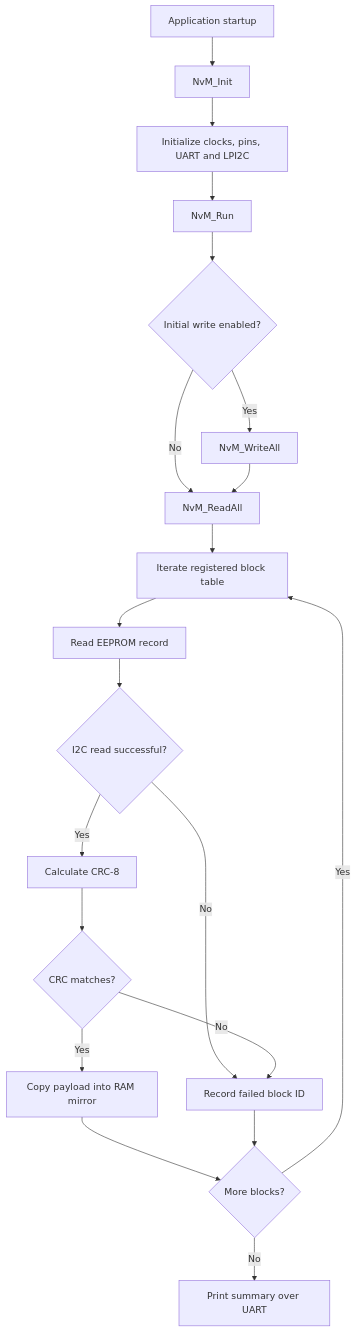
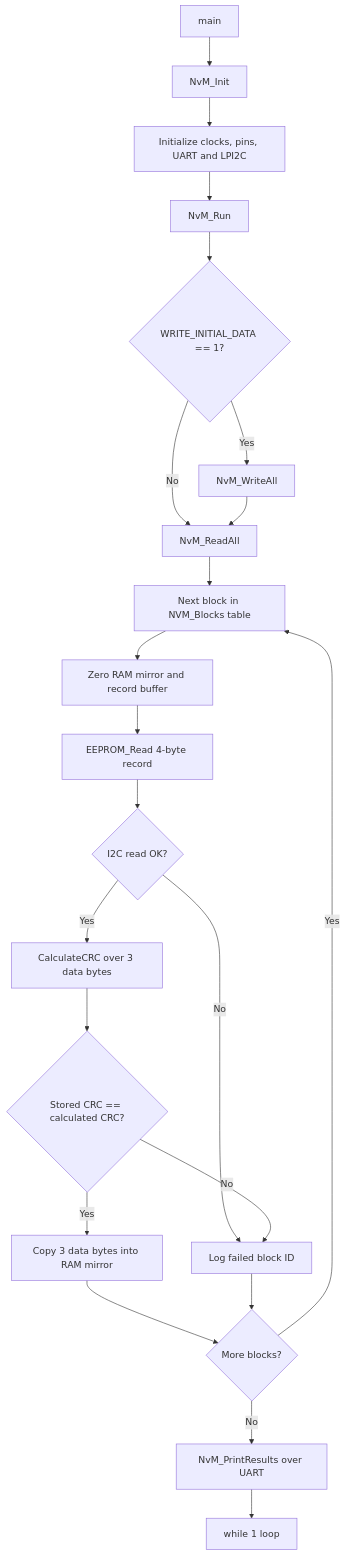
One commit to EstherJ07/Read-All-at-Startup changed the diagram in README.md. Above: the diagram before and after it, drawn with Mermaid. The commit also changed other lines of this file, not shown here.

````diff
--- a/README.md
+++ b/README.md
@@ -24,22 +100,24 @@
 ```mermaid
 flowchart TD
-    A[Application startup] --> B[NvM_Init]
+    A[main] --> B[NvM_Init]
     B --> C[Initialize clocks, pins, UART and LPI2C]
     C --> D[NvM_Run]
-    D --> E{Initial write enabled?}
+    D --> E{WRITE_INITIAL_DATA == 1?}
     E -- Yes --> F[NvM_WriteAll]
     E -- No --> G[NvM_ReadAll]
     F --> G
-    G --> H[Iterate registered block table]
-    H --> I[Read EEPROM record]
-    I --> J{I2C read successful?}
-    J -- No --> K[Record failed block ID]
-    J -- Yes --> L[Calculate CRC-8]
-    L --> M{CRC matches?}
-    M -- Yes --> N[Copy payload into RAM mirror]
-    M -- No --> K
-    N --> O{More blocks?}
-    K --> O
-    O -- Yes --> H
-    O -- No --> P[Print summary over UART]
+    G --> H[Next block in NVM_Blocks table]
+    H --> I[Zero RAM mirror and record buffer]
+    I --> J[EEPROM_Read 4-byte record]
+    J --> K{I2C read OK?}
+    K -- No --> L[Log failed block ID]
+    K -- Yes --> M[CalculateCRC over 3 data bytes]
+    M --> N{Stored CRC == calculated CRC?}
+    N -- Yes --> O[Copy 3 data bytes into RAM mirror]
+    N -- No --> L
+    O --> P{More blocks?}
+    L --> P
+    P -- Yes --> H
+    P -- No --> Q[NvM_PrintResults over UART]
+    Q --> R[while 1 loop]
 ```
````
